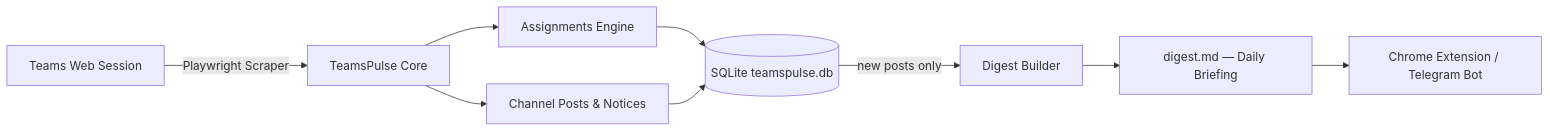
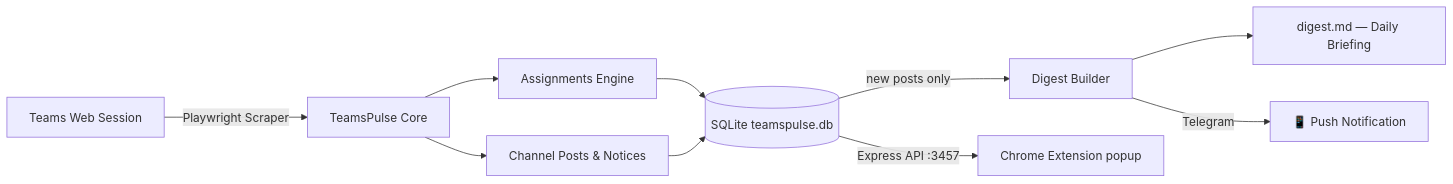
Before and after one commit to Sa-Alfy/teampulse: the first of 2 diagrams in README.md, drawn with Mermaid. The commit also changed other lines of this file and 1 other file, not shown here.

Commit message:
docs: update architecture, project context, and README for phase 1 core

````diff
--- a/README.md
+++ b/README.md
@@ -23,11 +27,12 @@
 ```mermaid
 flowchart LR
     A[Teams Web Session] -->|Playwright Scraper| B[TeamsPulse Core]
     B --> C[Assignments Engine]
     B --> D[Channel Posts & Notices]
     C --> E[(SQLite teamspulse.db)]
     D --> E
     E -->|new posts only| F[Digest Builder]
     F --> G[digest.md — Daily Briefing]
-    G --> H[Chrome Extension / Telegram Bot]
+    F -->|Telegram| H[📱 Push Notification]
+    E -->|Express API :3457| I[Chrome Extension popup]
 ```
````
